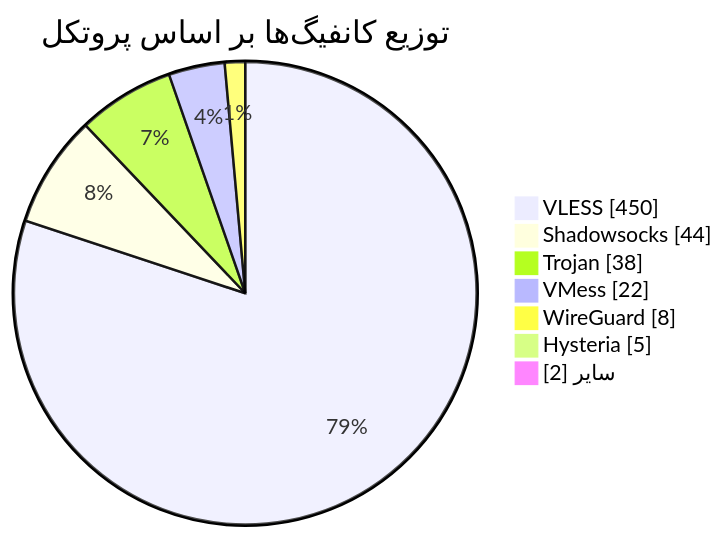
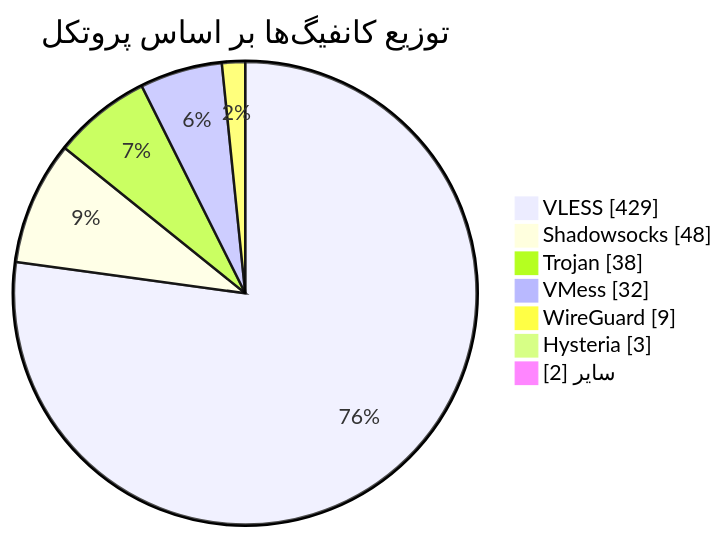
One commit to Arian-Alijani/Somthing changed the diagram in README.md. Above: the diagram before and after it, drawn with Mermaid. The commit also changed other lines of this file and 85 other files, not shown here.

````diff
--- a/README.md
+++ b/README.md
@@ -49,11 +49,11 @@
 ```mermaid
 pie showData
     title توزیع کانفیگ‌ها بر اساس پروتکل
-    "VLESS" : 450
-    "Shadowsocks" : 44
+    "VLESS" : 429
+    "Shadowsocks" : 48
     "Trojan" : 38
-    "VMess" : 22
-    "WireGuard" : 8
-    "Hysteria" : 5
+    "VMess" : 32
+    "WireGuard" : 9
+    "Hysteria" : 3
     "سایر" : 2
 ```
````
